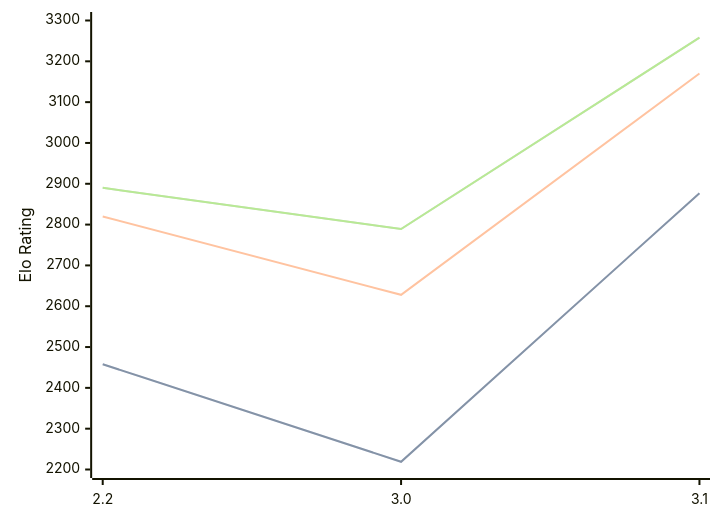
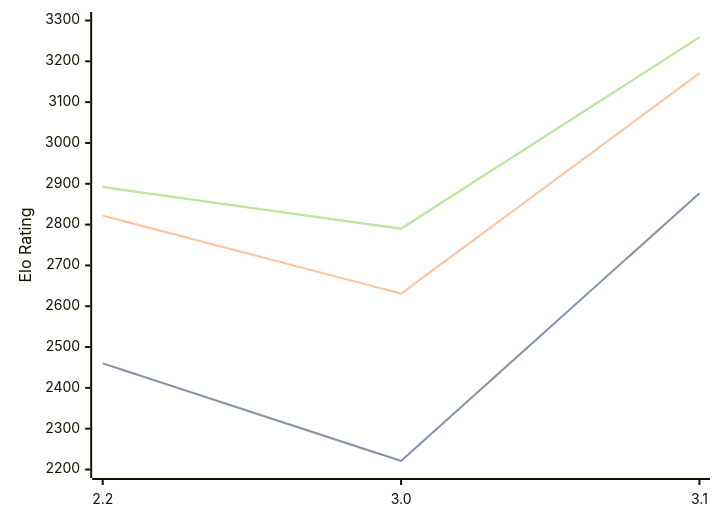
The diagram in engines/Thrawn.md (computer-chess-index/cci), drawn with Mermaid before and after one commit. The commit also changed other lines of this file, not shown here.

Commit message:
Update CCI Ratings (ELO VLTC) - 2026-08-09

````diff
--- a/engines/Thrawn.md
+++ b/engines/Thrawn.md
@@ -33,11 +33,11 @@
 ```mermaid
 %%{init: {"theme":"base","themeVariables":{"seriesColors:['#a3a3a3','#222221','#faa371']}}}%%
 xychart-beta
   x-axis ["2.2", "3.0", "3.1"]
   y-axis "Elo Rating" 2200 --> 3300
-  line "STC (8.0+0.08s)" [2458, 2219, 2877]
-  line "STC (8.0+0.08s)" [2458, 2219, 2877]
-  line "LTC (60.0+0.60s)" [2820, 2628, 3170]
-  line "VLTC (2m24s+1.12s)" [2890, 2789, 3258]
-  line "VLTC (2m24s+1.12s)" [2890, 2789, 3258]
+  line "STC (8.0+0.08s)" [2460, 2221, 2877]
+  line "STC (8.0+0.08s)" [2460, 2221, 2877]
+  line "LTC (60.0+0.60s)" [2822, 2631, 3171]
+  line "VLTC (2m24s+1.12s)" [2892, 2790, 3259]
+  line "VLTC (2m24s+1.12s)" [2892, 2790, 3259]
 ```
````
